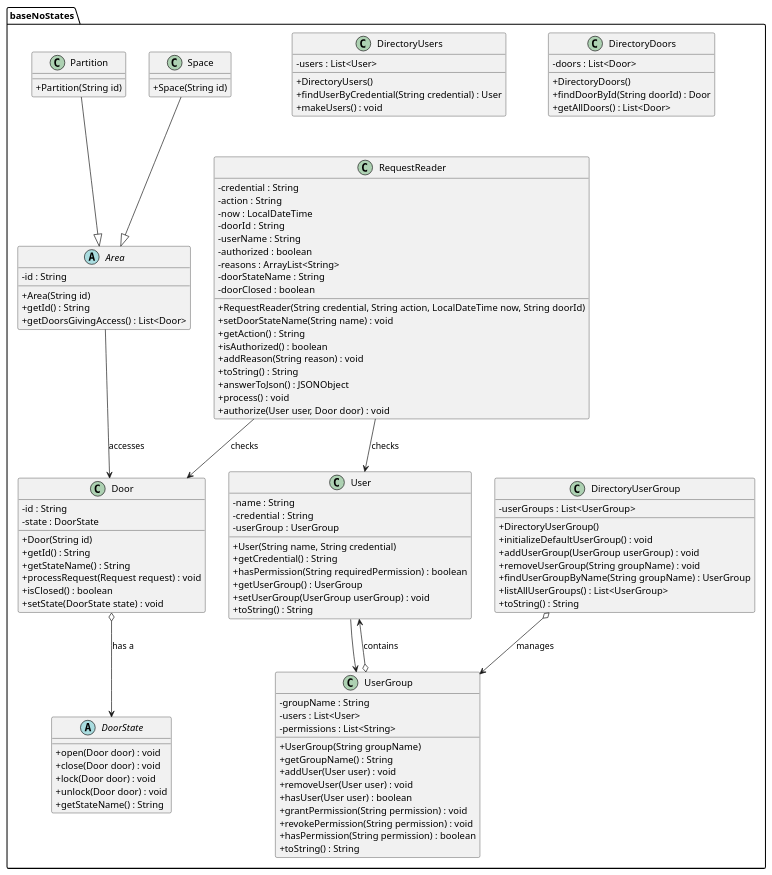
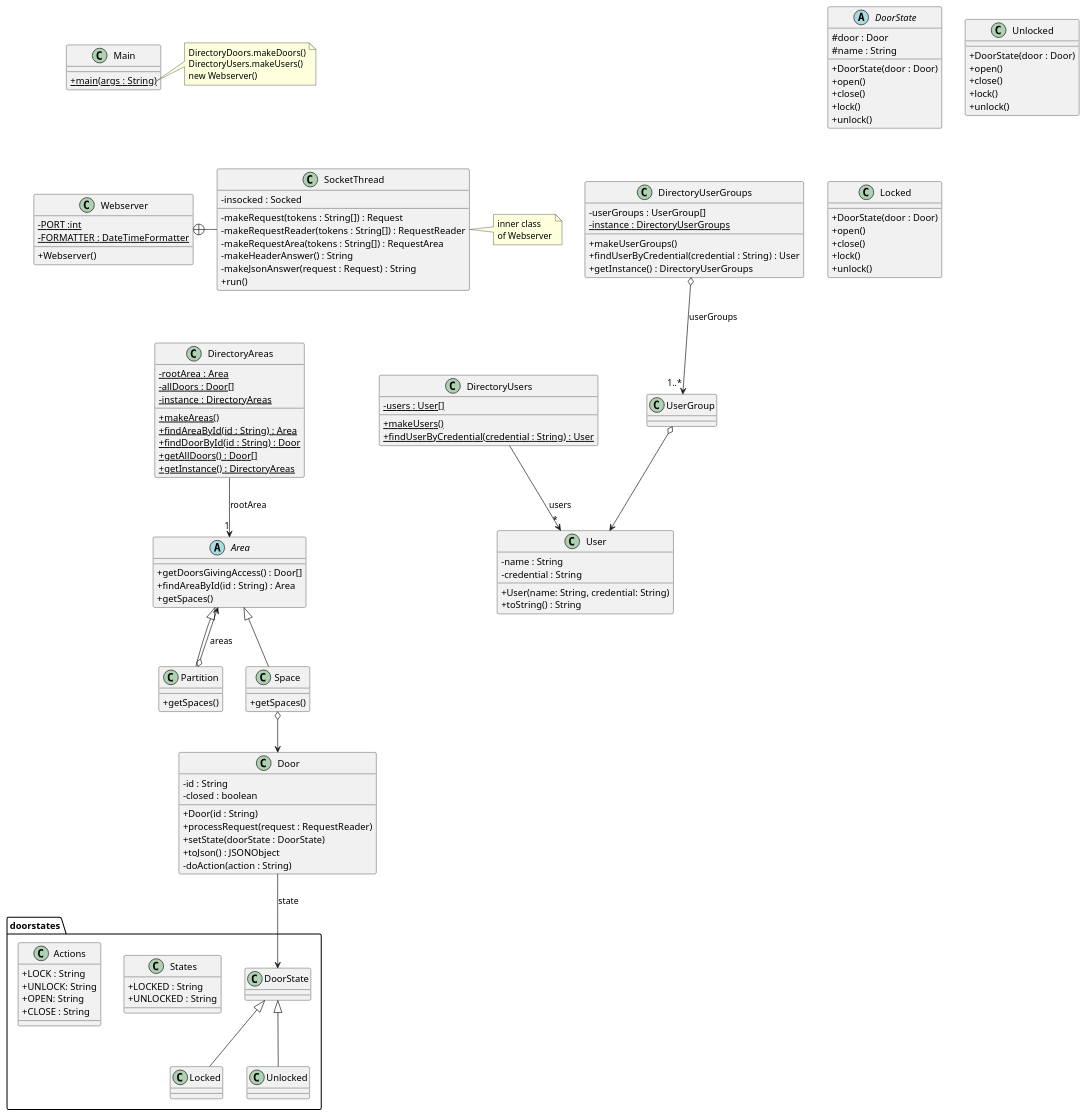
One commit to RomanArdanuy/acs_students changed the diagram in src/baseNoStates/uml/base_no_states.puml. Above: the diagram before and after it, drawn with PlantUML. The commit also changed 24 other files, not shown here.

```diff
--- a/src/baseNoStates/uml/base_no_states.puml
+++ b/src/baseNoStates/uml/base_no_states.puml
@@ -1,126 +1,163 @@
 @startuml
 'https://plantuml.com/class-diagram
 skinparam classAttributeIconSize 0
 
-package baseNoStates {
+class Webserver {
+- {static} PORT :int
+- {static} FORMATTER : DateTimeFormatter
++ Webserver()
+}
 
-    class User {
-        - name : String
-        - credential : String
-        - userGroup : UserGroup
-        + User(String name, String credential)
-        + getCredential() : String
-        + hasPermission(String requiredPermission) : boolean
-        + getUserGroup() : UserGroup
-        + setUserGroup(UserGroup userGroup) : void
-        + toString() : String
+class SocketThread {
+- insocked : Socked
+- makeRequest(tokens : String[]) : Request
+- makeRequestReader(tokens : String[]) : RequestReader
+- makeRequestArea(tokens : String[]) : RequestArea
+- makeHeaderAnswer() : String
+- makeJsonAnswer(request : Request) : String
++ run()
+}
+
+Webserver +-right- SocketThread
+
+note right of SocketThread
+inner class
+of Webserver
+end note
+
+
+class DirectoryUsers {
+- {static} users : User[]
++ {static} makeUsers()
++ {static} findUserByCredential(credential : String) : User
+}
+
+DirectoryUsers --> "*" User : "users"
+
+class Door {
+- id : String
+- closed : boolean
++ Door(id : String)
++ processRequest(request : RequestReader)
++ setState(doorState : DoorState)
++ toJson() : JSONObject
+'+ toString() : String
+'+ isClosed() :boolean
+'+ setClosed(b : boolean)
+'+ getStateName() : String
+- doAction(action : String)
+}
+
+class User {
+- name : String
+- credential : String
++ User(name: String, credential: String)
++ toString() : String
+}
+
+
+class Main {
++ {static} main(args : String)
+}
+
+package doorstates {
+    Door --> DoorState : "state"
+    DoorState <|-- Locked
+    DoorState <|-- Unlocked
+
+    class States {
+    +LOCKED : String
+    +UNLOCKED : String
     }
 
-    class UserGroup {
-        - groupName : String
-        - users : List<User>
-        - permissions : List<String>
-        + UserGroup(String groupName)
-        + getGroupName() : String
-        + addUser(User user) : void
-        + removeUser(User user) : void
-        + hasUser(User user) : boolean
-        + grantPermission(String permission) : void
-        + revokePermission(String permission) : void
-        + hasPermission(String permission) : boolean
-        + toString() : String
+    class Actions {
+    +LOCK : String
+    +UNLOCK: String
+    +OPEN: String
+    +CLOSE : String
     }
 
-    class DirectoryUserGroup {
-        - userGroups : List<UserGroup>
-        + DirectoryUserGroup()
-        + initializeDefaultUserGroup() : void
-        + addUserGroup(UserGroup userGroup) : void
-        + removeUserGroup(String groupName) : void
-        + findUserGroupByName(String groupName) : UserGroup
-        + listAllUserGroups() : List<UserGroup>
-        + toString() : String
-    }
-
-    class Door {
-        - id : String
-        - state : DoorState
-        + Door(String id)
-        + getId() : String
-        + getStateName() : String
-        + processRequest(Request request) : void
-        + isClosed() : boolean
-        + setState(DoorState state) : void
-    }
-
-    abstract class DoorState {
-        + open(Door door) : void
-        + close(Door door) : void
-        + lock(Door door) : void
-        + unlock(Door door) : void
-        + getStateName() : String
-    }
-
-    class RequestReader {
-        - credential : String
-        - action : String
-        - now : LocalDateTime
-        - doorId : String
-        - userName : String
-        - authorized : boolean
-        - reasons : ArrayList<String>
-        - doorStateName : String
-        - doorClosed : boolean
-        + RequestReader(String credential, String action, LocalDateTime now, String doorId)
-        + setDoorStateName(String name) : void
-        + getAction() : String
-        + isAuthorized() : boolean
-        + addReason(String reason) : void
-        + toString() : String
-        + answerToJson() : JSONObject
-        + process() : void
-        + authorize(User user, Door door) : void
-    }
-
-    class DirectoryDoors {
-        - doors : List<Door>
-        + DirectoryDoors()
-        + findDoorById(String doorId) : Door
-        + getAllDoors() : List<Door>
-    }
-
-    class DirectoryUsers {
-        - users : List<User>
-        + DirectoryUsers()
-        + findUserByCredential(String credential) : User
-        + makeUsers() : void
-    }
-
-    abstract class  Area {
-        - id : String
-        + Area(String id)
-        + getId() : String
-        + getDoorsGivingAccess() : List<Door>
-    }
-
-    class Space {
-        + Space(String id)
-    }
-
-    class Partition {
-        + Partition(String id)
-    }
-
-    Space --|> Area
-    Partition --|> Area
-
-    User --> UserGroup
-    UserGroup o--> User : contains
-    DirectoryUserGroup o--> UserGroup : manages
-    Door o--> DoorState : has a
-    RequestReader --> User : checks
-    RequestReader --> Door : checks
-    Area --> Door : accesses
 }
 
+
+abstract class DoorState {
+#door : Door
+#name : String
++DoorState(door : Door)
++open()
++close()
++lock()
++unlock()
+}
+
+
+class Unlocked {
++ DoorState(door : Door)
++ open()
++ close()
++ lock()
++ unlock()
+}
+
+
+class Locked {
++ DoorState(door : Door)
++ open()
++ close()
++ lock()
++ unlock()
+}
+
+Area <|-- Partition
+Area <|-- Space
+Space o--> Door
+Partition o--> Area : areas
+DirectoryAreas --> "1" Area : rootArea
+
+abstract class Area {
++ getDoorsGivingAccess() : Door[]
++ findAreaById(id : String) : Area
++ getSpaces()
+}
+
+class Partition {
++ getSpaces()
+}
+
+class Space {
++ getSpaces()
+}
+
+class DirectoryAreas {
+- {static} rootArea : Area
+- {static} allDoors : Door[]
+- {static} instance : DirectoryAreas
++ {static} makeAreas()
++ {static} findAreaById(id : String) : Area
++ {static} findDoorById(id : String) : Door
++ {static} getAllDoors() : Door[]
++ {static} getInstance() : DirectoryAreas
+}
+
+DirectoryUserGroups o--> "1..*" UserGroup : userGroups
+UserGroup o--> User
+
+class DirectoryUserGroups {
+- userGroups : UserGroup[]
+- {static} instance : DirectoryUserGroups
++ makeUserGroups()
++ findUserByCredential(credential : String) : User
++ getInstance() : DirectoryUserGroups
+}
+
+
+note right of Main::main
+DirectoryDoors.makeDoors()
+DirectoryUsers.makeUsers()
+new Webserver()
+end note
+
+Main -[hidden]down- Webserver
+Webserver -[hidden]down- DirectoryAreas
+DirectoryAreas -[hidden]right- DirectoryUsers
 @enduml
```
